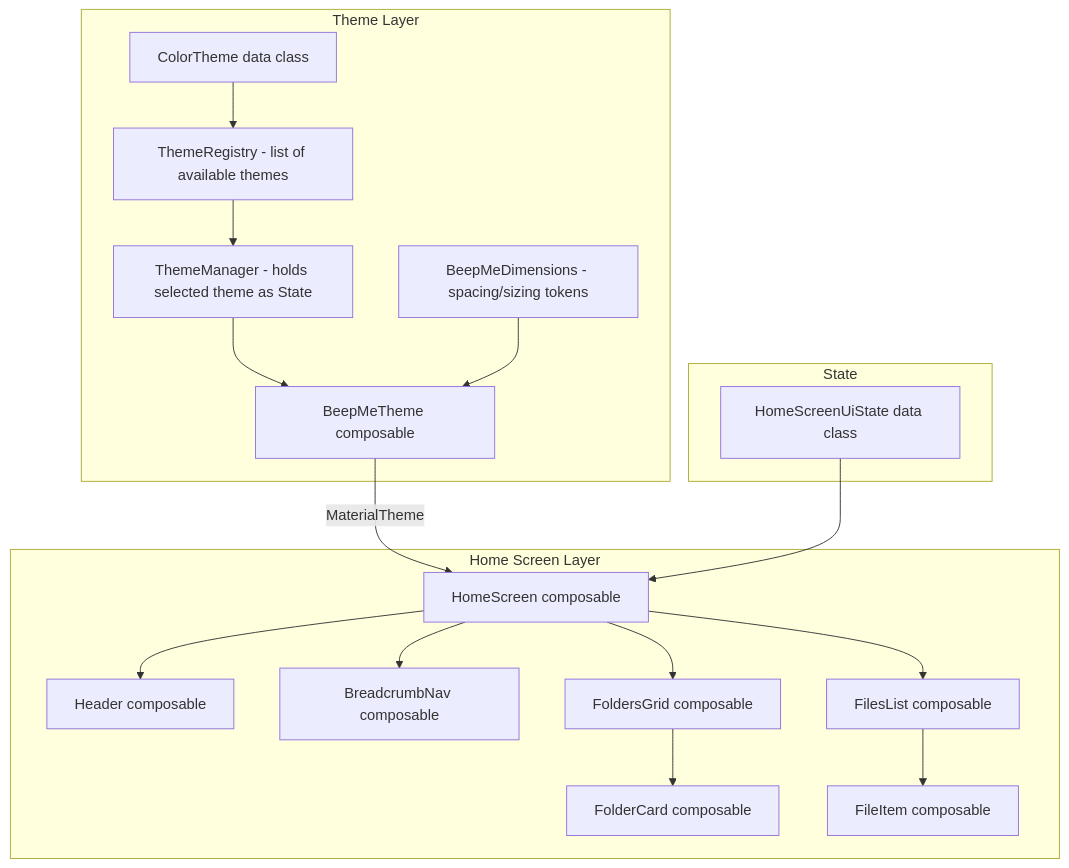
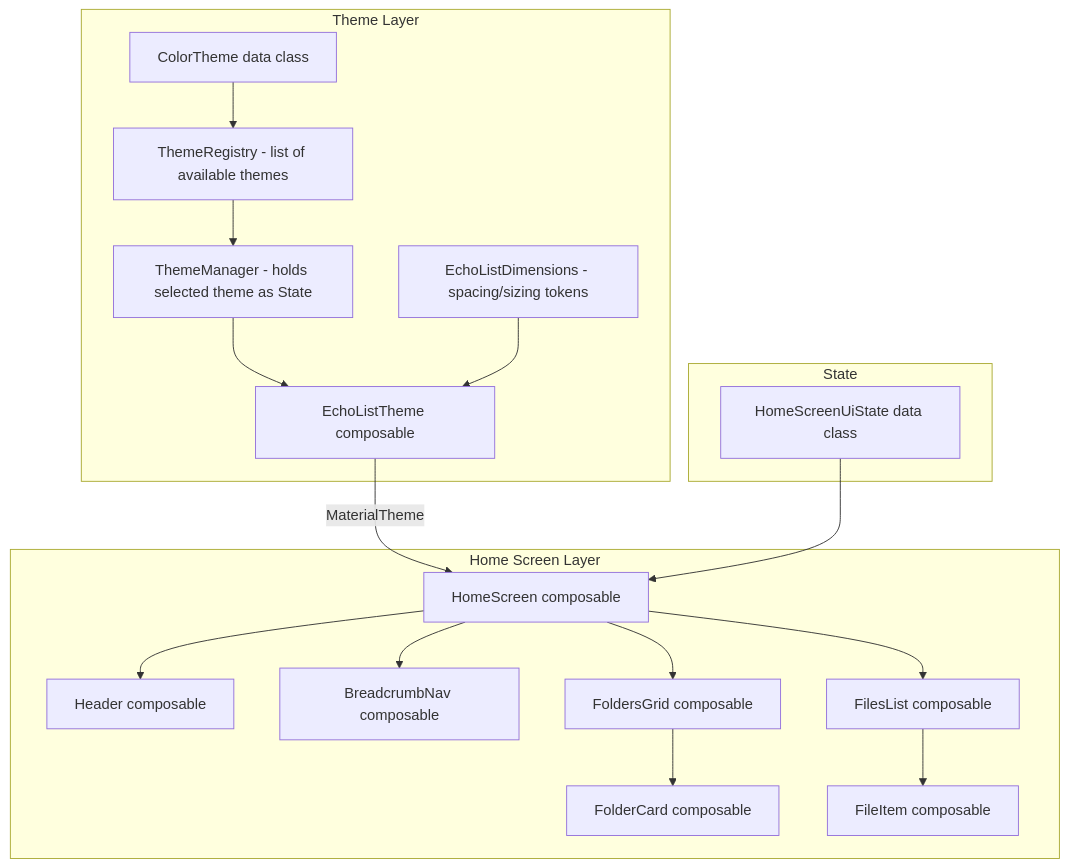
One commit to OneFiveFour/notes changed the diagram in .kiro/specs/beepme-theme-and-home-screen/design.md. Above: the diagram before and after it, drawn with Mermaid. The commit also changed other lines of this file and 16 other files, not shown here.

First line of the commit message:
refactor(theme): rename BeepMe to EchoList across theme and home screen

````diff
--- a/.kiro/specs/beepme-theme-and-home-screen/design.md
+++ b/.kiro/specs/beepme-theme-and-home-screen/design.md
@@ -16,37 +16,37 @@
 ```mermaid
 graph TD
     subgraph Theme Layer
         CT[ColorTheme data class]
         TR[ThemeRegistry - list of available themes]
         TM[ThemeManager - holds selected theme as State]
-        DM[BeepMeDimensions - spacing/sizing tokens]
-        BMT[BeepMeTheme composable]
+        DM[EchoListDimensions - spacing/sizing tokens]
+        BMT[EchoListTheme composable]
     end
 
     subgraph Home Screen Layer
         HS[HomeScreen composable]
         HD[Header composable]
         BC[BreadcrumbNav composable]
         FG[FoldersGrid composable]
         FC[FolderCard composable]
         FL[FilesList composable]
         FI[FileItem composable]
     end
 
     subgraph State
         HSS[HomeScreenUiState data class]
     end
 
     TR --> TM
     TM --> BMT
     DM --> BMT
     CT --> TR
     BMT -->|MaterialTheme| HS
     HSS --> HS
     HS --> HD
     HS --> BC
     HS --> FG
     FG --> FC
     HS --> FL
     FL --> FI
 ```
````
